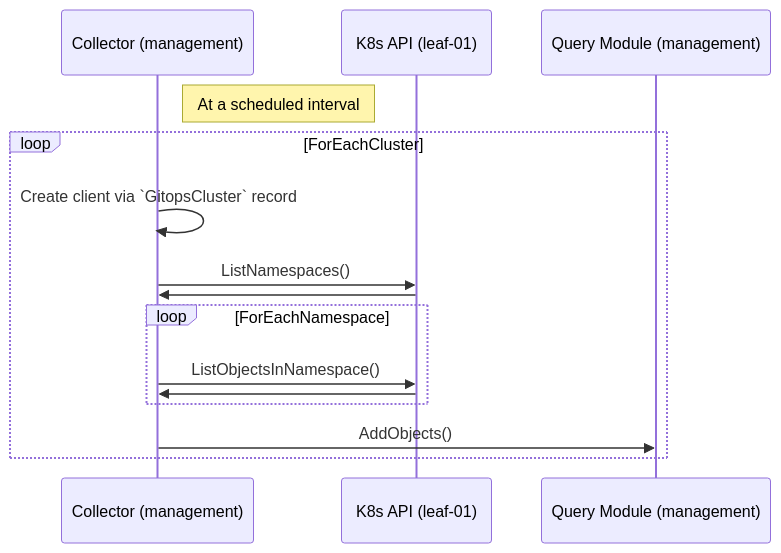
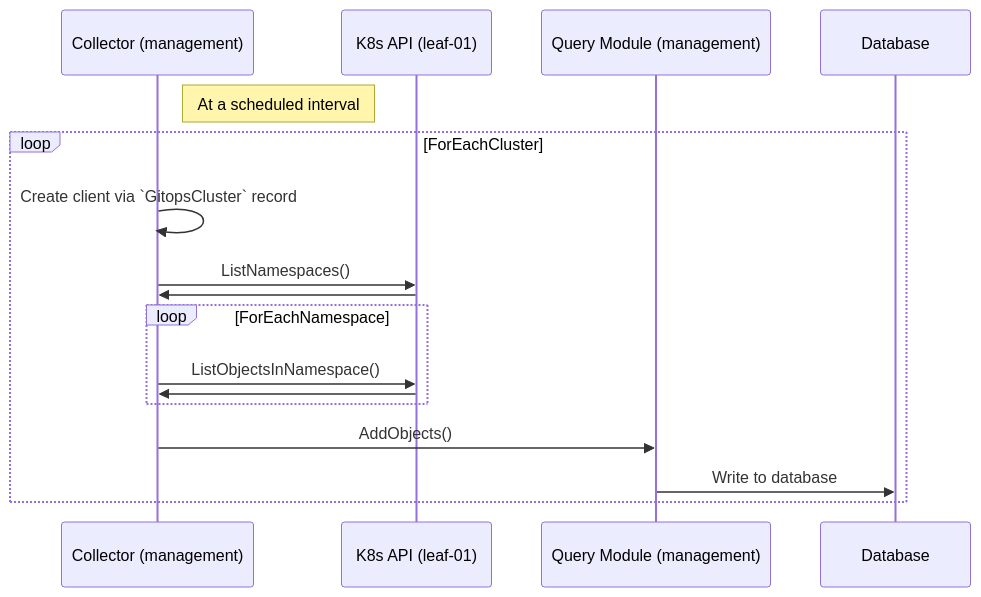
The third of 4 diagrams in docs/rfcs/0004-query-scaling/README.md (weaveworks/weave-gitops-private), drawn with Mermaid before and after one commit. The commit also changed other lines of this file, not shown here.

````diff
--- a/docs/rfcs/0004-query-scaling/README.md
+++ b/docs/rfcs/0004-query-scaling/README.md
@@ -105,17 +107,19 @@
 ```mermaid
    sequenceDiagram
     participant C as Collector (management)
     participant LC as K8s API (leaf-01)
     participant QS as Query Module (management)
+    participant DB as Database
     Note right of C: At a scheduled interval
     loop ForEachCluster
         C->>C: Create client via `GitopsCluster` record
         C->>LC: ListNamespaces()
         LC->>C: ;
         loop ForEachNamespace
             C->>LC: ListObjectsInNamespace()
             LC->>C: ;
         end
         C->>QS: AddObjects();
+        QS->>DB: Write to database
     end
 ```
````
